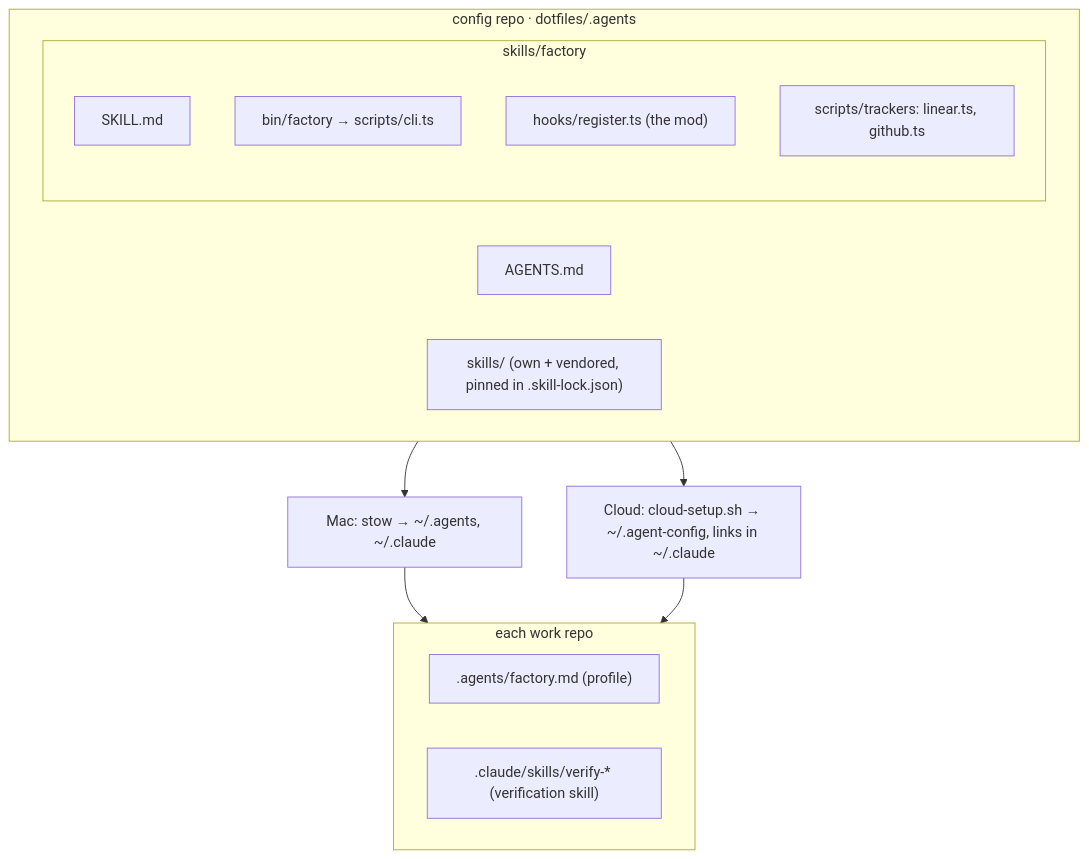
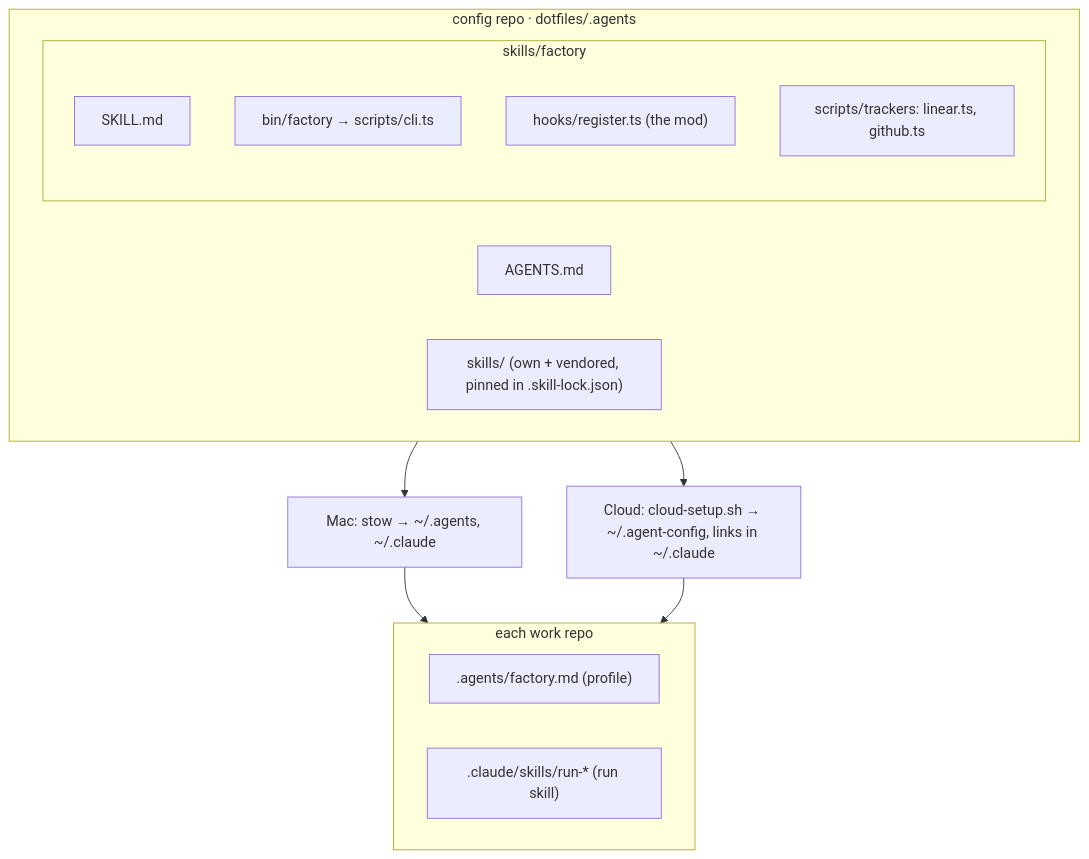
The third of 3 diagrams in docs/factory/DESIGN.md (andrezzoid/config), drawn with Mermaid before and after one commit. The commit also changed other lines of this file and 13 other files, not shown here.

First line of the commit message:
Require a built-in run skill instead of a profile verify skill

````diff
--- a/docs/factory/DESIGN.md
+++ b/docs/factory/DESIGN.md
@@ -91,23 +91,23 @@
 ```mermaid
 flowchart TB
   subgraph dotfiles["config repo · dotfiles/.agents"]
     AG[AGENTS.md]
     SK["skills/ (own + vendored, pinned in .skill-lock.json)"]
     subgraph FS["skills/factory"]
       MD[SKILL.md]
       BIN[bin/factory → scripts/cli.ts]
       MOD["hooks/register.ts (the mod)"]
       TR["scripts/trackers: linear.ts, github.ts"]
     end
   end
   Mac["Mac: stow → ~/.agents, ~/.claude"]
   Cloud["Cloud: cloud-setup.sh → ~/.agent-config, links in ~/.claude"]
   dotfiles --> Mac
   dotfiles --> Cloud
   subgraph repo["each work repo"]
     PF[".agents/factory.md (profile)"]
-    VS[".claude/skills/verify-* (verification skill)"]
+    VS[".claude/skills/run-* (run skill)"]
   end
   Mac --> repo
   Cloud --> repo
 ```
````
